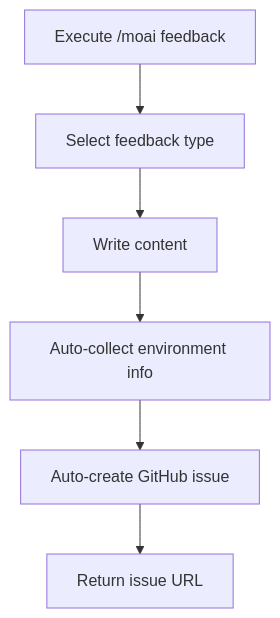
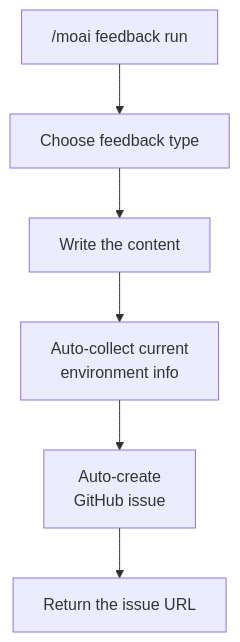
The first of 2 diagrams in docs-site/content/en/utility-commands/moai-feedback.md (modu-ai/moai-adk), drawn with Mermaid before and after one commit. The commit also changed other lines of this file and 395 other files, not shown here.

````diff
--- a/docs-site/content/en/utility-commands/moai-feedback.md
+++ b/docs-site/content/en/utility-commands/moai-feedback.md
@@ -59,8 +51,8 @@
 ```mermaid
 flowchart TD
-    A["Execute /moai feedback"] --> B["Select feedback type"]
-    B --> C["Write content"]
-    C --> D["Auto-collect environment info"]
-    D --> E["Auto-create GitHub issue"]
-    E --> F["Return issue URL"]
+    A["/moai feedback run"] --> B["Choose feedback type"]
+    B --> C["Write the content"]
+    C --> D["Auto-collect current<br/>environment info"]
+    D --> E["Auto-create<br/>GitHub issue"]
+    E --> F["Return the issue URL"]
 ```
````
